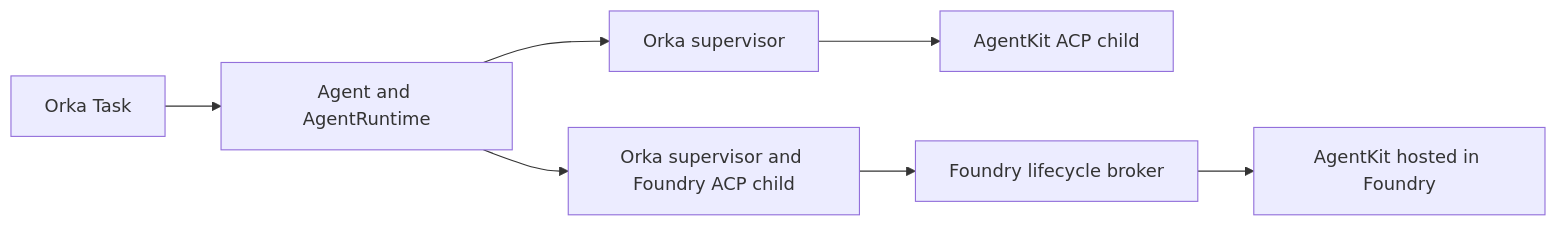
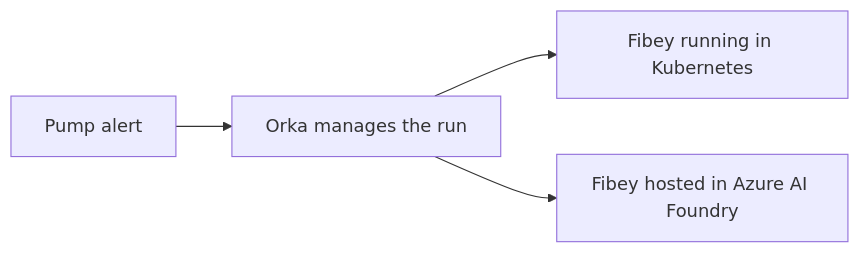
The diagram in examples/fibey-custom-agent-demo/README.md (gambtho/orka), drawn with Mermaid before and after one commit. The commit also changed other lines of this file and 1 other file, not shown here.

Commit message:
docs(examples): explain the Fibey demo for new users

````diff
--- a/examples/fibey-custom-agent-demo/README.md
+++ b/examples/fibey-custom-agent-demo/README.md
@@ -6,9 +10,6 @@
 ```mermaid
 flowchart LR
-    Task[Orka Task] --> Registration[Agent and AgentRuntime]
-    Registration --> Direct[Orka supervisor]
-    Direct --> ACP[AgentKit ACP child]
-    Registration --> Foundry[Orka supervisor and Foundry ACP child]
-    Foundry --> Broker[Foundry lifecycle broker]
-    Broker --> Hosted[AgentKit hosted in Foundry]
+    Request[Pump alert] --> Orka[Orka manages the run]
+    Orka --> Kubernetes[Fibey running in Kubernetes]
+    Orka --> Foundry[Fibey hosted in Azure AI Foundry]
 ```
````
